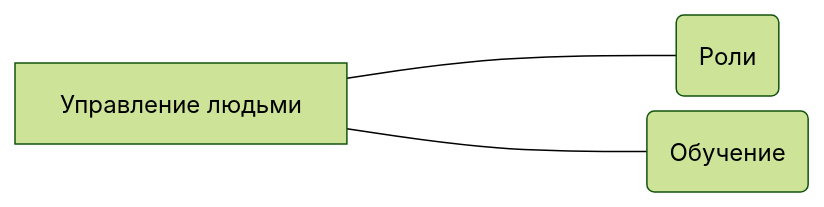
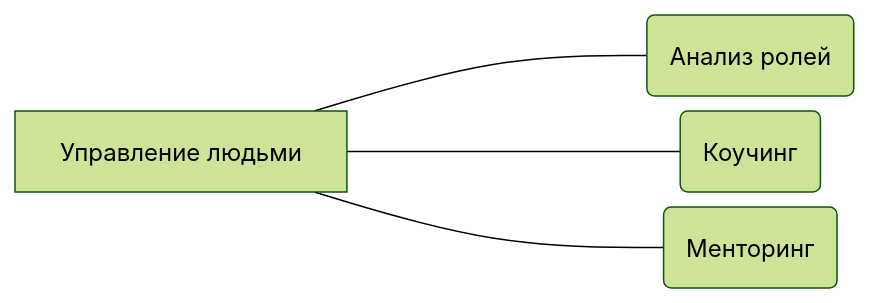
The diagram in docs/roadmap/management/people/index.md (Tinkoff/dm-knowledgebase), drawn with Mermaid (forest theme) before and after one commit. The commit also changed other lines of this file and 10 other files, not shown here.

````diff
--- a/docs/roadmap/management/people/index.md
+++ b/docs/roadmap/management/people/index.md
@@ -3,5 +3,5 @@
 ```mermaid
 graph LR
 %%{ init: { 'flowchart': { 'nodeSpacing': 10, 'rankSpacing': 200 }}}%%
-    A[Управление людьми] --- B1(Роли) & B2(Обучение)
+    A[Управление людьми] --- B1(Анализ ролей) & B2(Коучинг) & B3(Менторинг)
 ```
````
